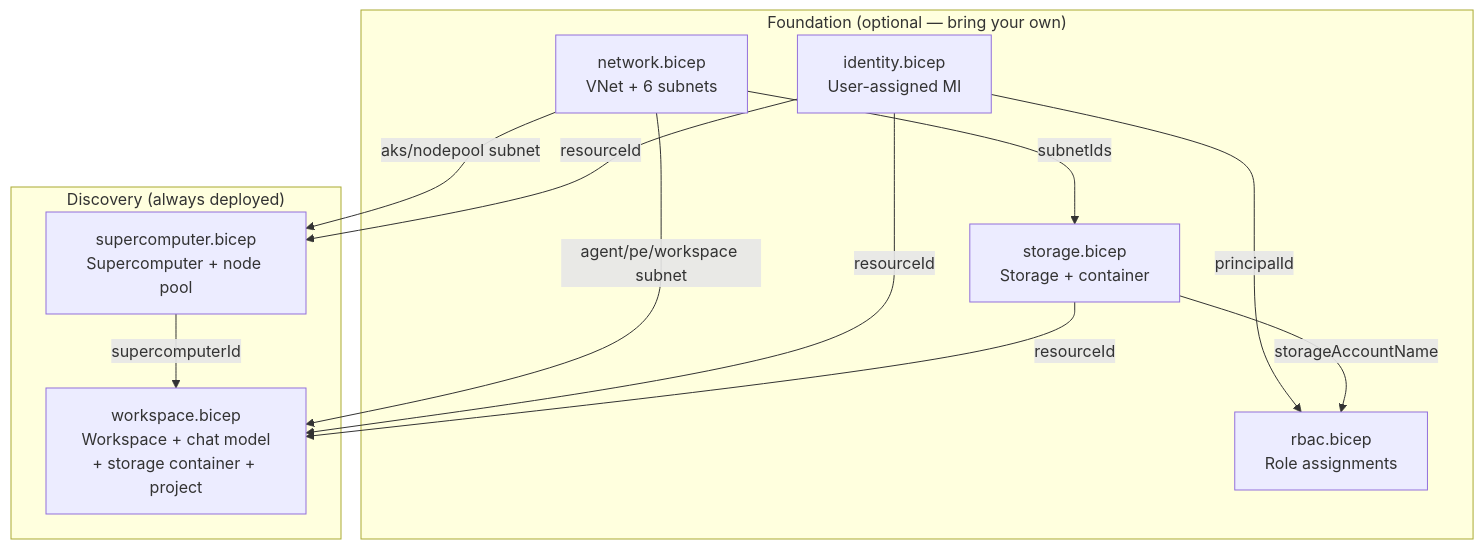
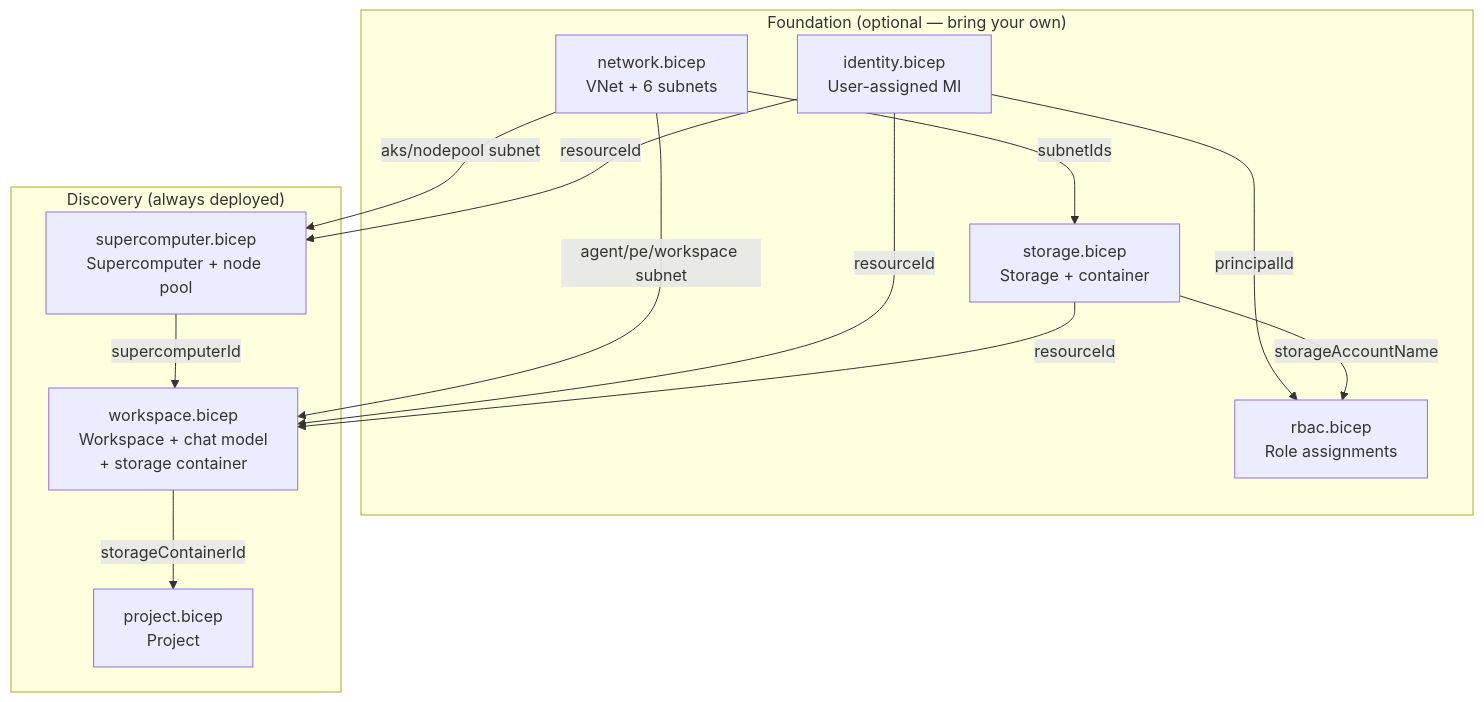
The diagram in quickstarts/microsoft.discovery/discovery-infra-modular/README.md (yousefi-msft/azure-quickstart-templates), drawn with Mermaid before and after one commit. The commit also changed other lines of this file and 3 other files, not shown here.

First line of the commit message:
Extract Discovery project creation into modules/project.bicep

````diff
--- a/quickstarts/microsoft.discovery/discovery-infra-modular/README.md
+++ b/quickstarts/microsoft.discovery/discovery-infra-modular/README.md
@@ -55,23 +56,25 @@
 ```mermaid
 flowchart TD
   subgraph Foundation["Foundation (optional — bring your own)"]
     net[network.bicep<br/>VNet + 6 subnets]
     id[identity.bicep<br/>User-assigned MI]
     stg[storage.bicep<br/>Storage + container]
     rbac[rbac.bicep<br/>Role assignments]
   end
   subgraph Discovery["Discovery (always deployed)"]
     sc[supercomputer.bicep<br/>Supercomputer + node pool]
-    ws[workspace.bicep<br/>Workspace + chat model<br/>+ storage container + project]
+    ws[workspace.bicep<br/>Workspace + chat model<br/>+ storage container]
+    prj[project.bicep<br/>Project]
   end
 
   net -- subnetIds --> stg
   net -- aks/nodepool subnet --> sc
   net -- agent/pe/workspace subnet --> ws
   id -- principalId --> rbac
   id -- resourceId --> sc
   id -- resourceId --> ws
   stg -- storageAccountName --> rbac
   stg -- resourceId --> ws
   sc -- supercomputerId --> ws
+  ws -- storageContainerId --> prj
 ```
````
